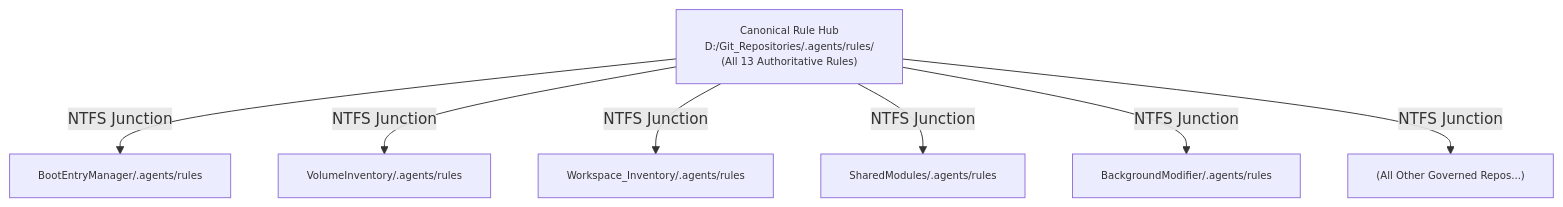
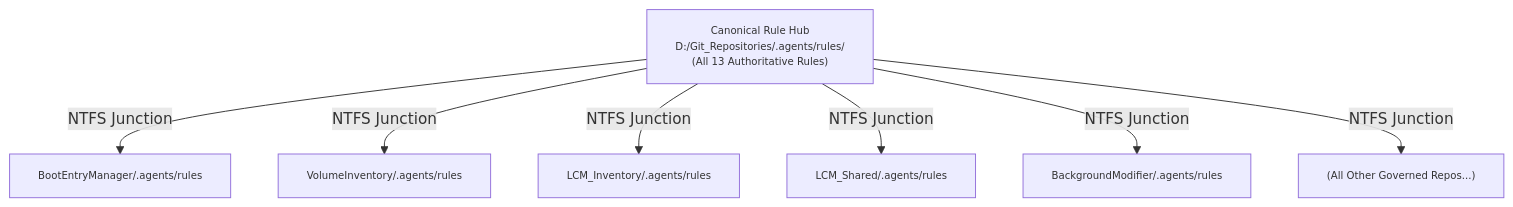
Before and after one commit to rgbigel/Workspace_AI: the second of 12 diagrams in docs/Architecture.md, drawn with Mermaid. The commit also changed other lines of this file and 100 other files, not shown here.

First line of the commit message:
chore(lcm): snapshot new workspace structure

````diff
--- a/docs/Architecture.md
+++ b/docs/Architecture.md
@@ -61,14 +61,14 @@
 ```mermaid
 graph TD
     classDef default font-size:8pt;
     Hub["Canonical Rule Hub<br/>D:/Git_Repositories/.agents/rules/<br/>(All 13 Authoritative Rules)"]
     
     Hub -->|NTFS Junction| J1["BootEntryManager/.agents/rules"]
     Hub -->|NTFS Junction| J2["VolumeInventory/.agents/rules"]
-    Hub -->|NTFS Junction| J3["Workspace_Inventory/.agents/rules"]
-    Hub -->|NTFS Junction| J4["SharedModules/.agents/rules"]
+    Hub -->|NTFS Junction| J3["LCM_Inventory/.agents/rules"]
+    Hub -->|NTFS Junction| J4["LCM_Shared/.agents/rules"]
     Hub -->|NTFS Junction| J5["BackgroundModifier/.agents/rules"]
     Hub -->|NTFS Junction| J6["(All Other Governed Repos...)"]
 
 
 ```
````
